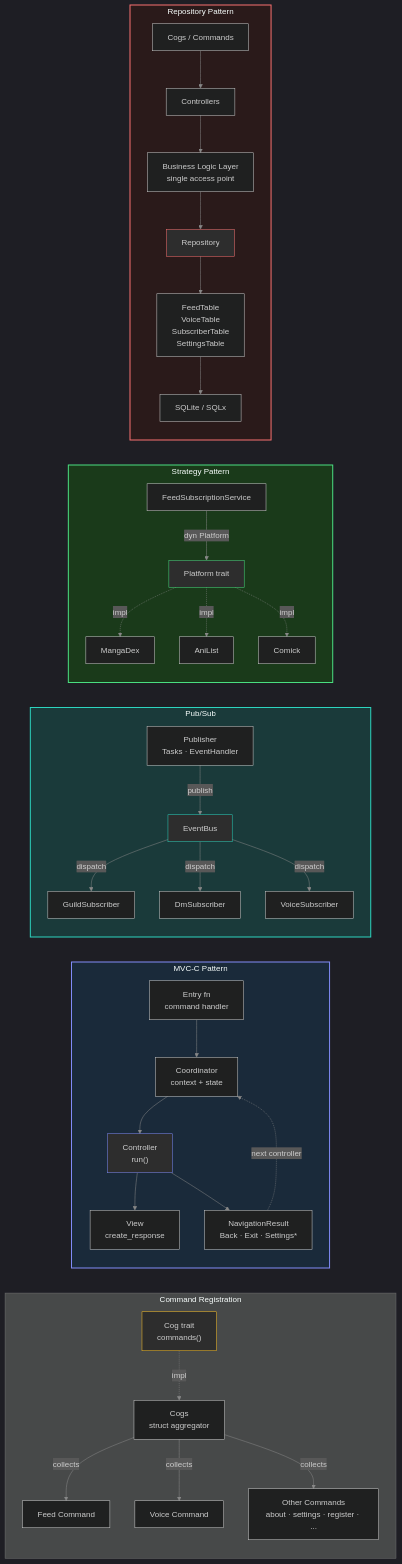
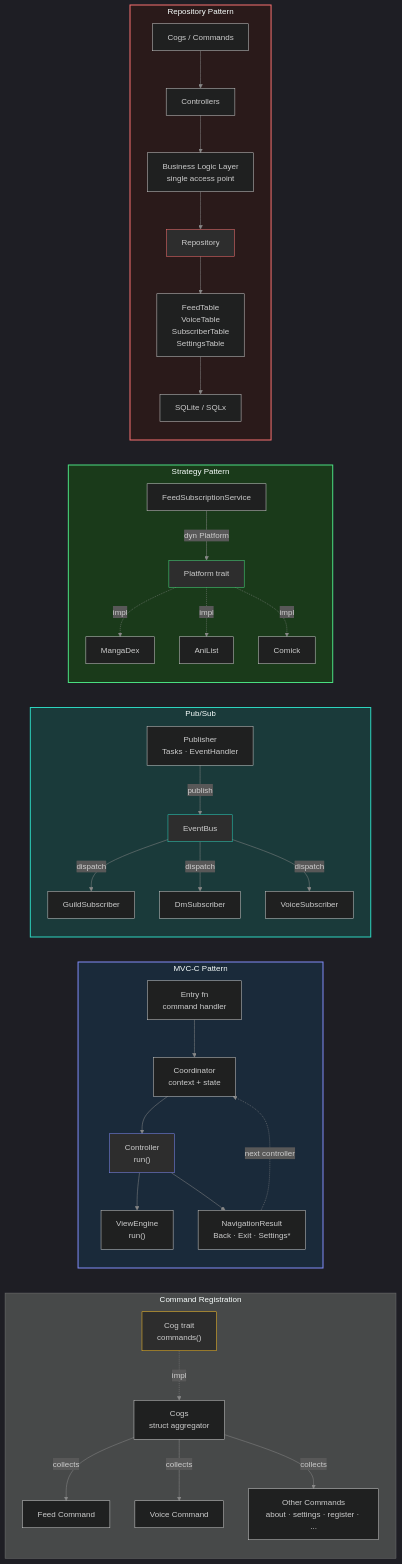
The diagram in docs/diagrams/architecture-patterns.mmd (FAZuH/pwr-bot), drawn with Mermaid before and after one commit. The commit also changed 13 other files, not shown here.

```diff
--- a/docs/diagrams/architecture-patterns.mmd
+++ b/docs/diagrams/architecture-patterns.mmd
@@ -1,79 +1,79 @@
 %%{init: {
   'theme': 'dark',
   'themeVariables': {
     'primaryColor': '#1e1e1e',
     'primaryTextColor': '#ffffff',
     'primaryBorderColor': '#ffffff',
     'lineColor': '#888888',
     'secondaryColor': '#2d2d2d',
     'tertiaryColor': '#1e1e1e'
   }
 }}%%
 graph LR
     subgraph CommandAggregation["Command Registration"]
         direction TB
         CogTrait["Cog trait<br/>commands()"]
         Cogs2["Cogs<br/>struct aggregator"]
         FeedCmd["Feed Command"]
         VoiceCmd["Voice Command"]
         OtherCmds["Other Commands<br/>about · settings · register · ..."]
         CogTrait -.->|impl| Cogs2
         Cogs2 -->|collects| FeedCmd & VoiceCmd & OtherCmds
     end
 
     subgraph MVCC["MVC-C Pattern"]
         direction TB
         Entry["Entry fn<br/>command handler"]
         Coord["Coordinator<br/>context + state"]
         Ctrl["Controller<br/>run()"]
-        View2["View<br/>create_response"]
+        View2["ViewEngine<br/>run()"]
         Nav["NavigationResult<br/>Back · Exit · Settings*"]
         Entry --> Coord --> Ctrl
         Ctrl --> View2
         Ctrl --> Nav
         Nav -.->|next controller| Coord
     end
 
     subgraph PubSub2["Pub/Sub"]
         direction TB
         Pub["Publisher<br/>Tasks · EventHandler"]
         Bus["EventBus"]
         S1["GuildSubscriber"]
         S2["DmSubscriber"]
         S3["VoiceSubscriber"]
         Pub -->|publish| Bus
         Bus -->|dispatch| S1 & S2 & S3
     end
 
     subgraph Strategy["Strategy Pattern"]
         direction TB
         Svc["FeedSubscriptionService"]
         PT["Platform trait"]
         MD["MangaDex"]
         AL["AniList"]
         CK["Comick"]
         Svc -->|dyn Platform| PT
         PT -.->|impl| MD & AL & CK
     end
 
     subgraph RepoPat["Repository Pattern"]
         direction TB
         Cogs["Cogs / Commands"]
         Controllers["Controllers"]
         BusinessLogic["Business Logic Layer<br/>single access point"]
         RepTrait["Repository"]
         Tables["FeedTable<br/>VoiceTable<br/>SubscriberTable<br/>SettingsTable"]
         DB["SQLite / SQLx"]
         Cogs --> Controllers --> BusinessLogic --> RepTrait --> Tables --> DB
     end
 
     style MVCC fill:#1a2a3a,stroke:#818cf8,stroke-width:2px
     style PubSub2 fill:#1a3a3a,stroke:#2dd4bf,stroke-width:2px
     style Strategy fill:#1a3a1a,stroke:#4ade80,stroke-width:2px
     style RepoPat fill:#2a1a1a,stroke:#f87171,stroke-width:2px
 
     style Bus fill:#2d2d2d,stroke:#2dd4bf
     style PT fill:#2d2d2d,stroke:#4ade80
     style RepTrait fill:#2d2d2d,stroke:#f87171
     style Ctrl fill:#2d2d2d,stroke:#818cf8
     style CogTrait fill:#2d2d2d,stroke:#fbbf24
```
